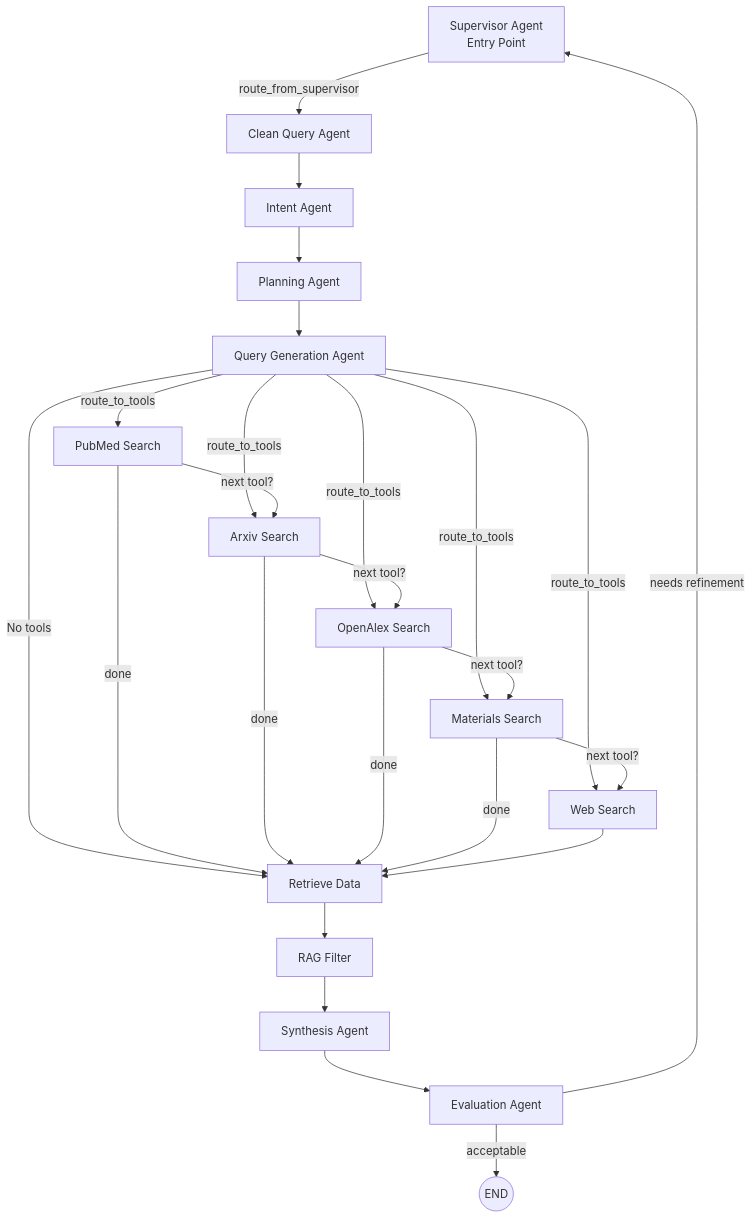
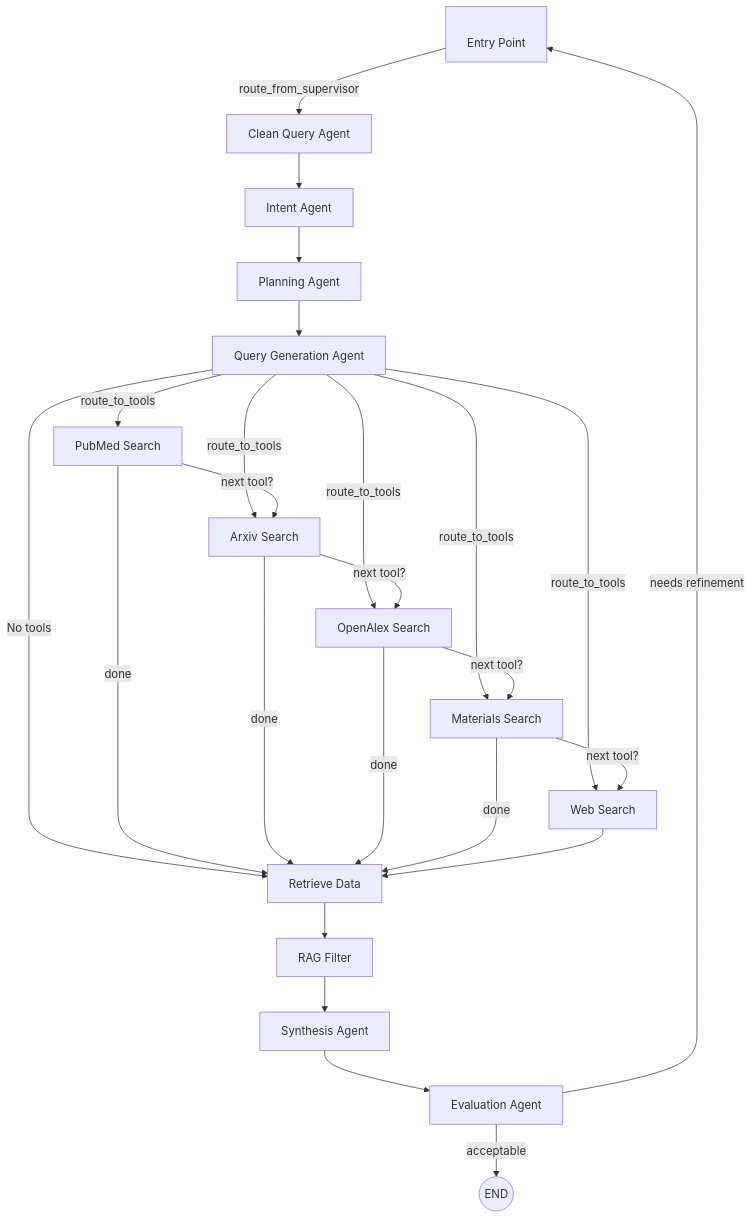
Before and after one commit to abhisakh/ResearchLLM_MultiAgent_LangGraph_RagGraph: the fifth of 30 diagrams in README.md, drawn with Mermaid. The commit also changed other lines of this file, not shown here.

````diff
--- a/README.md
+++ b/README.md
@@ -1292,65 +1293,65 @@
 ```mermaid
 flowchart TD
     %% Entry
-    Supervisor[Supervisor Agent<br/>Entry Point]
+    Supervisor[<br/>Entry Point]
 
     %% Planning Phase
     Clean[Clean Query Agent]
     Intent[Intent Agent]
     Planning[Planning Agent]
     QueryGen[Query Generation Agent]
 
     %% Tool Nodes
     PubMed[PubMed Search]
     Arxiv[Arxiv Search]
     OpenAlex[OpenAlex Search]
     Materials[Materials Search]
     Web[Web Search]
 
     %% Retrieval & RAG
     Retrieve[Retrieve Data]
     RAG[RAG Filter]
     Synthesis[Synthesis Agent]
     Evaluation[Evaluation Agent]
 
     %% End
     End((END))
 
     %% Main Flow
     Supervisor -->|route_from_supervisor| Clean
     Clean --> Intent
     Intent --> Planning
     Planning --> QueryGen
 
     %% Tool Routing
     QueryGen -->|route_to_tools| PubMed
     QueryGen -->|route_to_tools| Arxiv
     QueryGen -->|route_to_tools| OpenAlex
     QueryGen -->|route_to_tools| Materials
     QueryGen -->|route_to_tools| Web
     QueryGen -->|No tools| Retrieve
 
     %% Tool Loop (route_next_tool)
     PubMed -->|next tool?| Arxiv
     PubMed -->|done| Retrieve
 
     Arxiv -->|next tool?| OpenAlex
     Arxiv -->|done| Retrieve
 
     OpenAlex -->|next tool?| Materials
     OpenAlex -->|done| Retrieve
 
     Materials -->|next tool?| Web
     Materials -->|done| Retrieve
 
     Web --> Retrieve
 
     %% RAG & Finalization
     Retrieve --> RAG
     RAG --> Synthesis
     Synthesis --> Evaluation
 
     %% Evaluation Loop
     Evaluation -->|needs refinement| Supervisor
     Evaluation -->|acceptable| End
 ```
````
